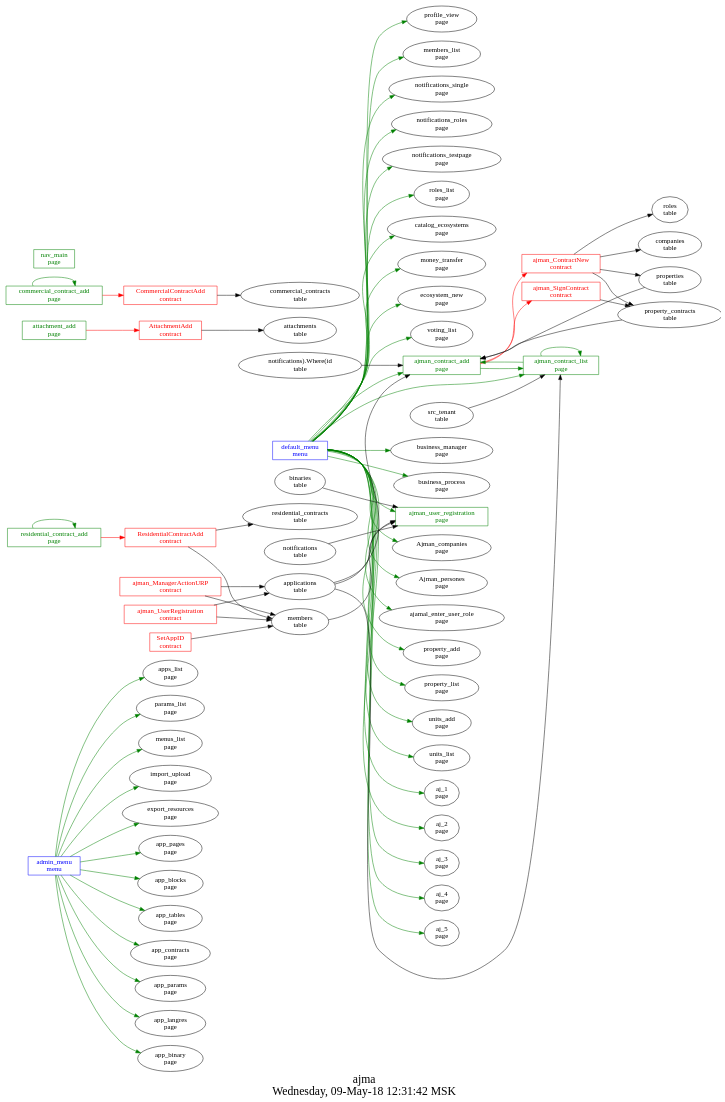
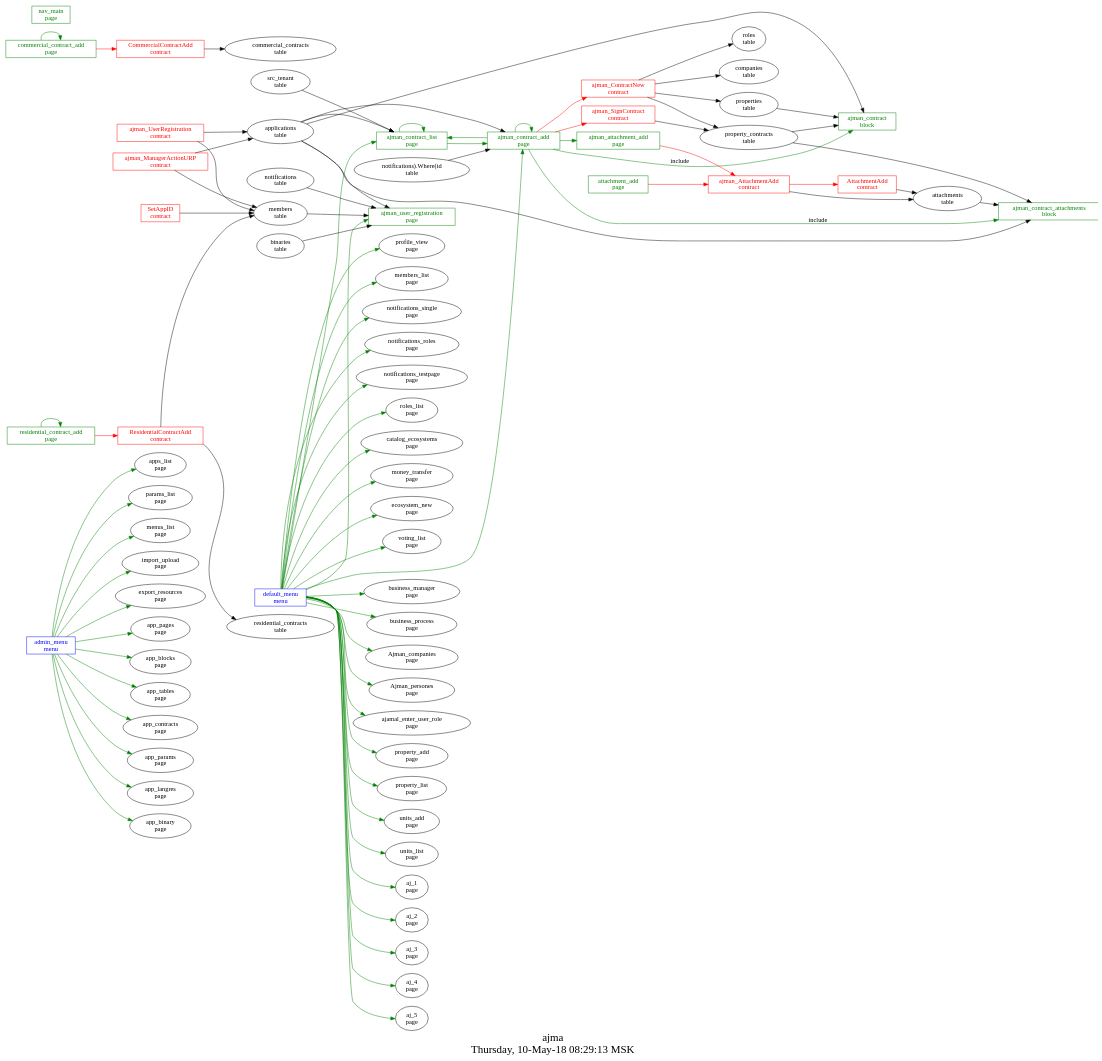
One commit to AplaProject/apps changed the diagram in src/ajman/struct.dot. Above: the diagram before and after it, drawn with Graphviz. The commit also changed 11 other files, not shown here.

```diff
--- a/src/ajman/struct.dot
+++ b/src/ajman/struct.dot
@@ -1,104 +1,119 @@
 digraph G {
 graph [
   fontsize="24";
-  label="ajma\nWednesday, 09-May-18 12:31:42 MSK";
+  label="ajma\nThursday, 10-May-18 08:29:13 MSK";
   nojustify=true;
   ordering=out;
   rankdir=LR;
   size="30";
 ];
 "admin_menu\nmenu" -> "apps_list\npage"  [ color=green ]
 "admin_menu\nmenu" -> "params_list\npage"  [ color=green ]
 "admin_menu\nmenu" -> "menus_list\npage"  [ color=green ]
 "admin_menu\nmenu" -> "import_upload\npage"  [ color=green ]
 "admin_menu\nmenu" -> "export_resources\npage"  [ color=green ]
 "admin_menu\nmenu" -> "app_pages\npage"  [ color=green ]
 "admin_menu\nmenu" -> "app_blocks\npage"  [ color=green ]
 "admin_menu\nmenu" -> "app_tables\npage"  [ color=green ]
 "admin_menu\nmenu" -> "app_contracts\npage"  [ color=green ]
 "admin_menu\nmenu" -> "app_params\npage"  [ color=green ]
 "admin_menu\nmenu" -> "app_langres\npage"  [ color=green ]
 "admin_menu\nmenu" -> "app_binary\npage"  [ color=green ]
 "admin_menu\nmenu" [color=blue, fontcolor=blue, group=menus, shape=record];
 "default_menu\nmenu" -> "profile_view\npage"  [ color=green ]
 "default_menu\nmenu" -> "members_list\npage"  [ color=green ]
 "default_menu\nmenu" -> "notifications_single\npage"  [ color=green ]
 "default_menu\nmenu" -> "notifications_roles\npage"  [ color=green ]
 "default_menu\nmenu" -> "notifications_testpage\npage"  [ color=green ]
 "default_menu\nmenu" -> "roles_list\npage"  [ color=green ]
 "default_menu\nmenu" -> "catalog_ecosystems\npage"  [ color=green ]
 "default_menu\nmenu" -> "money_transfer\npage"  [ color=green ]
 "default_menu\nmenu" -> "ecosystem_new\npage"  [ color=green ]
 "default_menu\nmenu" -> "voting_list\npage"  [ color=green ]
+"default_menu\nmenu" -> "ajman_contract_list\npage"  [ color=green ]
 "default_menu\nmenu" -> "ajman_contract_add\npage"  [ color=green ]
-"default_menu\nmenu" -> "ajman_contract_list\npage"  [ color=green ]
 "default_menu\nmenu" -> "business_manager\npage"  [ color=green ]
 "default_menu\nmenu" -> "business_process\npage"  [ color=green ]
 "default_menu\nmenu" -> "ajman_user_registration\npage"  [ color=green ]
 "default_menu\nmenu" -> "Ajman_companies\npage"  [ color=green ]
 "default_menu\nmenu" -> "Ajman_persones\npage"  [ color=green ]
 "default_menu\nmenu" -> "ajamal_enter_user_role\npage"  [ color=green ]
 "default_menu\nmenu" -> "property_add\npage"  [ color=green ]
 "default_menu\nmenu" -> "property_list\npage"  [ color=green ]
 "default_menu\nmenu" -> "units_add\npage"  [ color=green ]
 "default_menu\nmenu" -> "units_list\npage"  [ color=green ]
 "default_menu\nmenu" -> "aj_1\npage"  [ color=green ]
 "default_menu\nmenu" -> "aj_2\npage"  [ color=green ]
 "default_menu\nmenu" -> "aj_3\npage"  [ color=green ]
 "default_menu\nmenu" -> "aj_4\npage"  [ color=green ]
 "default_menu\nmenu" -> "aj_5\npage"  [ color=green ]
 "default_menu\nmenu" [color=blue, fontcolor=blue, group=menus, shape=record];
+"ajman_attachment_add\npage" -> "ajman_AttachmentAdd\ncontract"  [ color=red ]
+"ajman_attachment_add\npage" [color=green, fontcolor=green, group=pages, shape=record];
 "ajman_contract_add\npage" -> "ajman_ContractNew\ncontract"  [ color=red ]
 "ajman_contract_add\npage" -> "ajman_SignContract\ncontract"  [ color=red ]
 "notifications).Where(id\ntable" -> "ajman_contract_add\npage"  [ color="" ]
 "applications\ntable" -> "ajman_contract_add\npage"  [ color="" ]
-"property_contracts\ntable" -> "ajman_contract_add\npage"  [ color="" ]
-"properties\ntable" -> "ajman_contract_add\npage"  [ color="" ]
+"ajman_contract_add\npage" -> "ajman_contract_add\npage"  [ color=green ]
 "ajman_contract_add\npage" -> "ajman_contract_list\npage"  [ color=green ]
+"ajman_contract_add\npage" -> "ajman_attachment_add\npage"  [ color=green ]
+"ajman_contract_add\npage" -> "ajman_contract\nblock"  [ color=green, label=include ]
+"ajman_contract_add\npage" -> "ajman_contract_attachments\nblock"  [ color=green, label=include ]
 "ajman_contract_add\npage" [color=green, fontcolor=green, group=pages, shape=record];
 "applications\ntable" -> "ajman_contract_list\npage"  [ color="" ]
 "src_tenant\ntable" -> "ajman_contract_list\npage"  [ color="" ]
 "ajman_contract_list\npage" -> "ajman_contract_list\npage"  [ color=green ]
 "ajman_contract_list\npage" -> "ajman_contract_add\npage"  [ color=green ]
 "ajman_contract_list\npage" [color=green, fontcolor=green, group=pages, shape=record];
 "applications\ntable" -> "ajman_user_registration\npage"  [ color="" ]
 "notifications\ntable" -> "ajman_user_registration\npage"  [ color="" ]
 "members\ntable" -> "ajman_user_registration\npage"  [ color="" ]
 "binaries\ntable" -> "ajman_user_registration\npage"  [ color="" ]
 "ajman_user_registration\npage" [color=green, fontcolor=green, group=pages, shape=record];
-"attachment_add\npage" -> "AttachmentAdd\ncontract"  [ color=red ]
+"attachment_add\npage" -> "ajman_AttachmentAdd\ncontract"  [ color=red ]
 "attachment_add\npage" [color=green, fontcolor=green, group=pages, shape=record];
 "commercial_contract_add\npage" -> "CommercialContractAdd\ncontract"  [ color=red ]
 "commercial_contract_add\npage" -> "commercial_contract_add\npage"  [ color=green ]
 "commercial_contract_add\npage" [color=green, fontcolor=green, group=pages, shape=record];
 "nav_main\npage" [color=green, fontcolor=green, group=pages, shape=record];
 "residential_contract_add\npage" -> "ResidentialContractAdd\ncontract"  [ color=red ]
 "residential_contract_add\npage" -> "residential_contract_add\npage"  [ color=green ]
 "residential_contract_add\npage" [color=green, fontcolor=green, group=pages, shape=record];
+"applications\ntable" -> "ajman_contract\nblock"  [ color="" ]
+"property_contracts\ntable" -> "ajman_contract\nblock"  [ color="" ]
+"properties\ntable" -> "ajman_contract\nblock"  [ color="" ]
+"ajman_contract\nblock" [color=green, fontcolor=green, group=blocks, shape=record];
+"applications\ntable" -> "ajman_contract_attachments\nblock"  [ color="" ]
+"property_contracts\ntable" -> "ajman_contract_attachments\nblock"  [ color="" ]
+"attachments\ntable" -> "ajman_contract_attachments\nblock"  [ color="" ]
+"ajman_contract_attachments\nblock" [color=green, fontcolor=green, group=blocks, shape=record];
 "AttachmentAdd\ncontract" -> "attachments\ntable"  [ color="" ]
 "AttachmentAdd\ncontract" [color=red, fontcolor=red, group=contracts, shape=record];
 "CommercialContractAdd\ncontract" -> "commercial_contracts\ntable"  [ color="" ]
 "CommercialContractAdd\ncontract" [color=red, fontcolor=red, group=contracts, shape=record];
 "ResidentialContractAdd\ncontract" -> "members\ntable"  [ color="" ]
 "ResidentialContractAdd\ncontract" -> "residential_contracts\ntable"  [ color="" ]
 "ResidentialContractAdd\ncontract" [color=red, fontcolor=red, group=contracts, shape=record];
 "SetAppID\ncontract" -> "members\ntable"  [ color="" ]
 "SetAppID\ncontract" [color=red, fontcolor=red, group=contracts, shape=record];
+"ajman_AttachmentAdd\ncontract" -> "AttachmentAdd\ncontract"  [ color=red ]
+"ajman_AttachmentAdd\ncontract" -> "attachments\ntable"  [ color="" ]
+"ajman_AttachmentAdd\ncontract" [color=red, fontcolor=red, group=contracts, shape=record];
 "ajman_ContractNew\ncontract" -> "roles\ntable"  [ color="" ]
 "ajman_ContractNew\ncontract" -> "companies\ntable"  [ color="" ]
 "ajman_ContractNew\ncontract" -> "properties\ntable"  [ color="" ]
 "ajman_ContractNew\ncontract" -> "property_contracts\ntable"  [ color="" ]
 "ajman_ContractNew\ncontract" [color=red, fontcolor=red, group=contracts, shape=record];
 "ajman_ManagerActionURP\ncontract" -> "applications\ntable"  [ color="" ]
 "ajman_ManagerActionURP\ncontract" -> "members\ntable"  [ color="" ]
 "ajman_ManagerActionURP\ncontract" [color=red, fontcolor=red, group=contracts, shape=record];
 "ajman_SignContract\ncontract" -> "property_contracts\ntable"  [ color="" ]
 "ajman_SignContract\ncontract" [color=red, fontcolor=red, group=contracts, shape=record];
 "ajman_UserRegistration\ncontract" -> "members\ntable"  [ color="" ]
 "ajman_UserRegistration\ncontract" -> "applications\ntable"  [ color="" ]
 "ajman_UserRegistration\ncontract" [color=red, fontcolor=red, group=contracts, shape=record];
 "attachments\ntable" [color="", fontcolor="", group=tables, shape=""];
 "commercial_contracts\ntable" [color="", fontcolor="", group=tables, shape=""];
 "property_contracts\ntable" [color="", fontcolor="", group=tables, shape=""];
 "residential_contracts\ntable" [color="", fontcolor="", group=tables, shape=""];
 }
```
